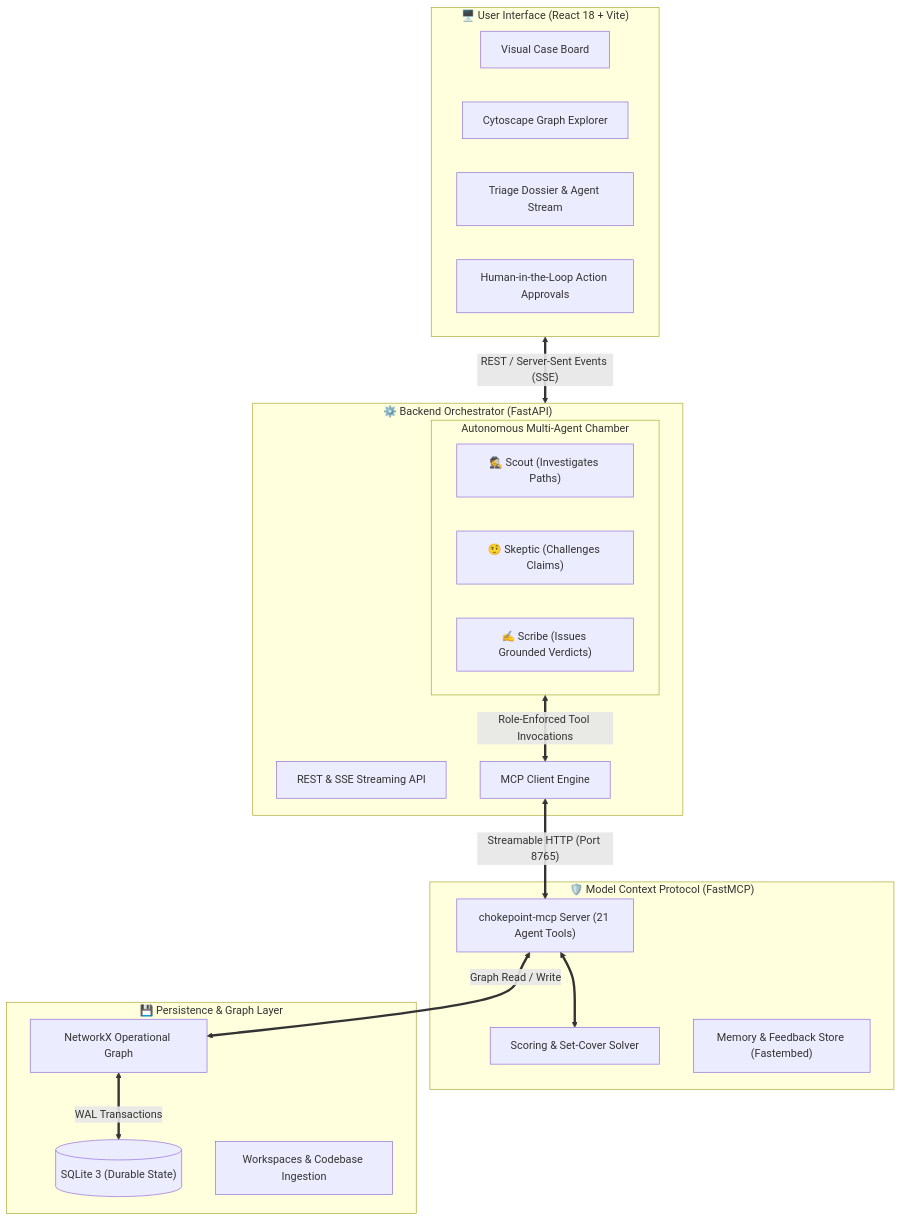
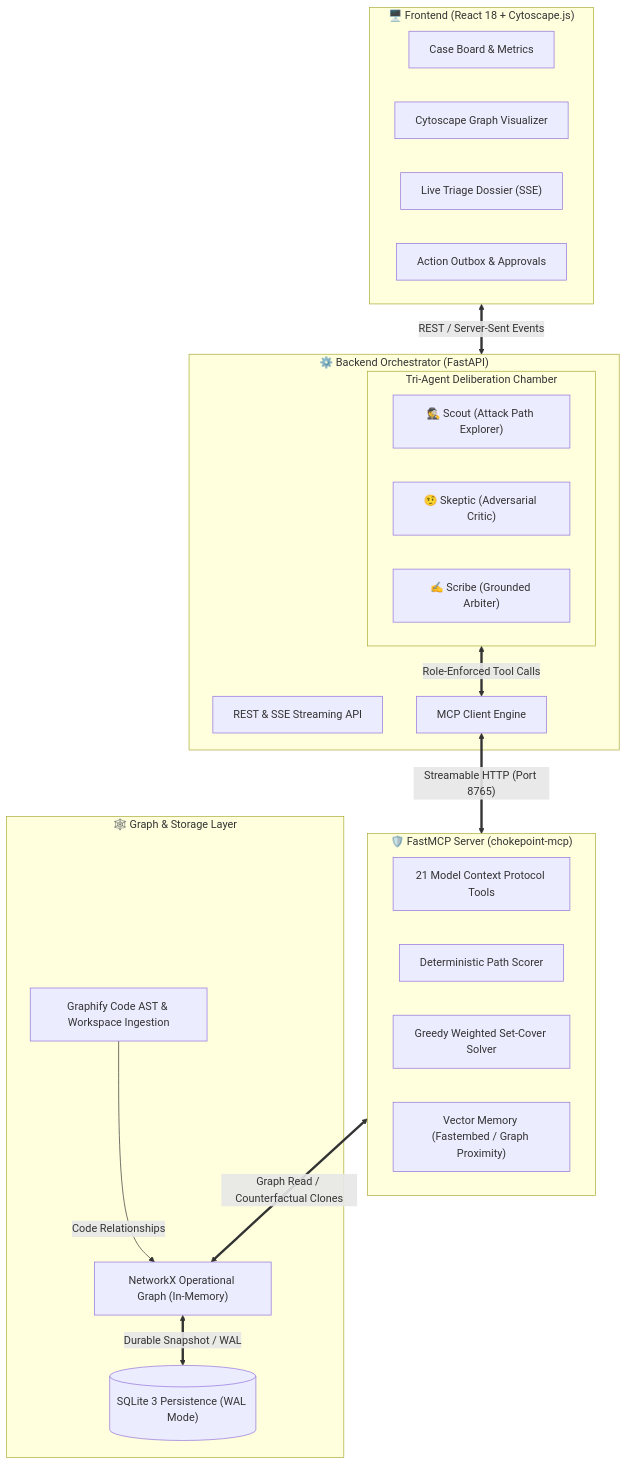
One commit to shefar77/Chokepoint changed the first of 3 diagrams in README.md. Above: the diagram before and after it, drawn with Mermaid. The commit also changed other lines of this file, not shown here.

Commit message:
docs: align README with official hackathon template and emphasize Graphify integration

````diff
--- a/README.md
+++ b/README.md
@@ -69,38 +52,39 @@
 ```mermaid
 graph TB
-    subgraph Client["🖥️ User Interface (React 18 + Vite)"]
-        UI["Visual Case Board"]
-        GraphView["Cytoscape Graph Explorer"]
-        Dossier["Triage Dossier & Agent Stream"]
-        OutboxUI["Human-in-the-Loop Action Approvals"]
+    subgraph UI["🖥️ Frontend (React 18 + Cytoscape.js)"]
+        Dashboard["Case Board & Metrics"]
+        GraphExplorer["Cytoscape Graph Visualizer"]
+        StreamDossier["Live Triage Dossier (SSE)"]
+        ActionOutbox["Action Outbox & Approvals"]
     end
 
     subgraph Backend["⚙️ Backend Orchestrator (FastAPI)"]
         API["REST & SSE Streaming API"]
-        subgraph Agents["Autonomous Multi-Agent Chamber"]
-            Scout["🕵️ Scout (Investigates Paths)"]
-            Skeptic["🤨 Skeptic (Challenges Claims)"]
-            Scribe["✍️ Scribe (Issues Grounded Verdicts)"]
+        subgraph Agents["Tri-Agent Deliberation Chamber"]
+            Scout["🕵️ Scout (Attack Path Explorer)"]
+            Skeptic["🤨 Skeptic (Adversarial Critic)"]
+            Scribe["✍️ Scribe (Grounded Arbiter)"]
         end
         MCPClient["MCP Client Engine"]
     end
 
-    subgraph Server["🛡️ Model Context Protocol (FastMCP)"]
-        MCPServer["chokepoint-mcp Server (21 Agent Tools)"]
-        Engine["Scoring & Set-Cover Solver"]
-        VectorMem["Memory & Feedback Store (Fastembed)"]
+    subgraph MCP["🛡️ FastMCP Server (chokepoint-mcp)"]
+        Tools["21 Model Context Protocol Tools"]
+        Scorer["Deterministic Path Scorer"]
+        Solver["Greedy Weighted Set-Cover Solver"]
+        MemoryEngine["Vector Memory (Fastembed / Graph Proximity)"]
     end
 
-    subgraph Storage["💾 Persistence & Graph Layer"]
-        NX["NetworkX Operational Graph"]
-        SQLite[("SQLite 3 (Durable State)")]
-        Workspaces["Workspaces & Codebase Ingestion"]
+    subgraph CoreGraph["🕸️ Graph & Storage Layer"]
+        NXGraph["NetworkX Operational Graph (In-Memory)"]
+        SQLiteDB[("SQLite 3 Persistence (WAL Mode)")]
+        GraphifyIntake["Graphify Code AST & Workspace Ingestion"]
     end
 
-    Client <==>|"REST / Server-Sent Events (SSE)"| Backend
-    Agents <==>|"Role-Enforced Tool Invocations"| MCPClient
-    MCPClient <==>|"Streamable HTTP (Port 8765)"| MCPServer
-    MCPServer <==> Engine
-    MCPServer <==>|"Graph Read / Write"| NX
-    NX <==>|"WAL Transactions"| SQLite
+    UI <==>|"REST / Server-Sent Events"| Backend
+    Agents <==>|"Role-Enforced Tool Calls"| MCPClient
+    MCPClient <==>|"Streamable HTTP (Port 8765)"| MCP
+    MCP <==>|"Graph Read / Counterfactual Clones"| NXGraph
+    NXGraph <==>|"Durable Snapshot / WAL"| SQLiteDB
+    GraphifyIntake -->|"Code Relationships"| NXGraph
 ```
````
